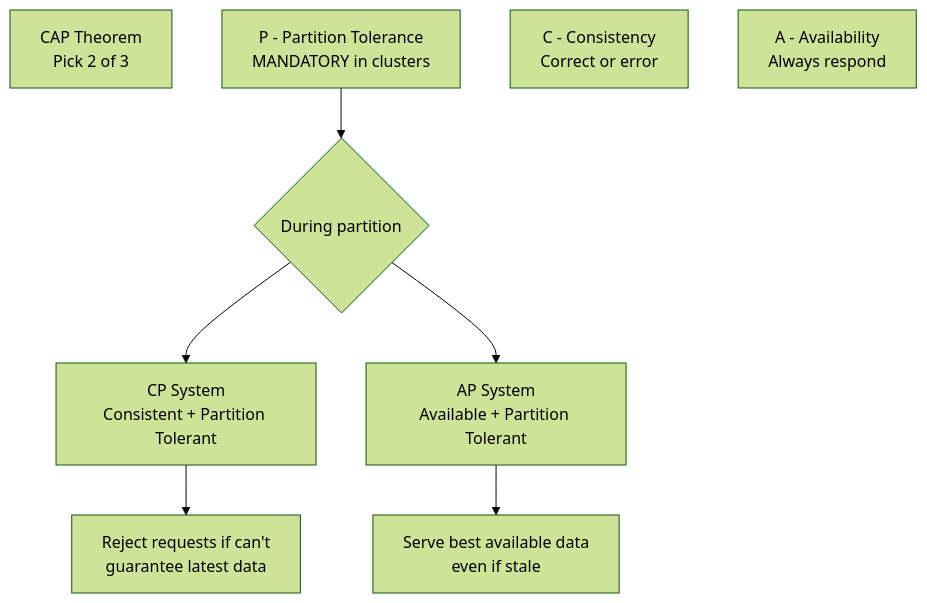
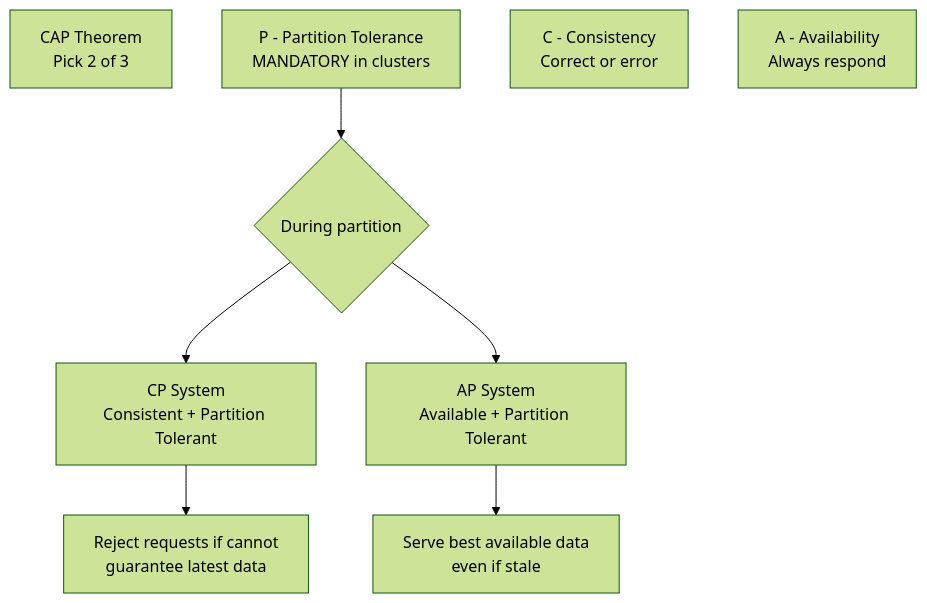
The diagram in bits-pilani/trimester-3/notes/big-data-platforms-and-analytics/week-02/04-defining-c-a-and-p-transcript.md (hsoni92/ml-workbook), drawn with Mermaid (forest theme) before and after one commit. The commit also changed 59 other files, not shown here.

````diff
--- a/bits-pilani/trimester-3/notes/big-data-platforms-and-analytics/week-02/04-defining-c-a-and-p-transcript.md
+++ b/bits-pilani/trimester-3/notes/big-data-platforms-and-analytics/week-02/04-defining-c-a-and-p-transcript.md
@@ -59,12 +59,12 @@
 ```mermaid
 flowchart TD
-    CAP[CAP Theorem<br/>Pick 2 of 3]
-    P[P - Partition Tolerance<br/>MANDATORY in clusters]
-    C[C - Consistency<br/>Correct or error]
-    A[A - Availability<br/>Always respond]
+    CAP["CAP Theorem<br/>Pick 2 of 3"]
+    P["P - Partition Tolerance<br/>MANDATORY in clusters"]
+    C["C - Consistency<br/>Correct or error"]
+    A["A - Availability<br/>Always respond"]
     P --> CHOICE{During partition}
-    CHOICE --> CP[CP System<br/>Consistent + Partition Tolerant]
-    CHOICE --> AP[AP System<br/>Available + Partition Tolerant]
-    CP --> CPB[Reject requests if can't<br/>guarantee latest data]
-    AP --> APB[Serve best available data<br/>even if stale]
+    CHOICE --> CP["CP System<br/>Consistent + Partition Tolerant"]
+    CHOICE --> AP["AP System<br/>Available + Partition Tolerant"]
+    CP --> CPB["Reject requests if cannot<br/>guarantee latest data"]
+    AP --> APB["Serve best available data<br/>even if stale"]
 ```
````
